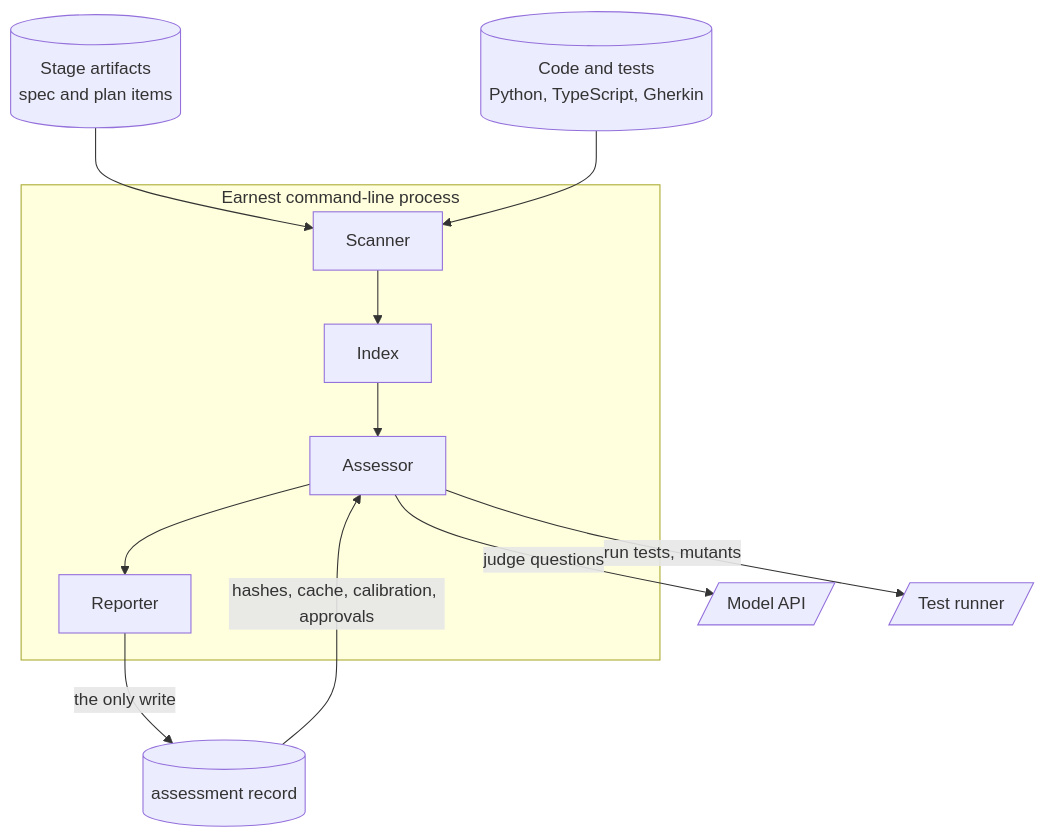
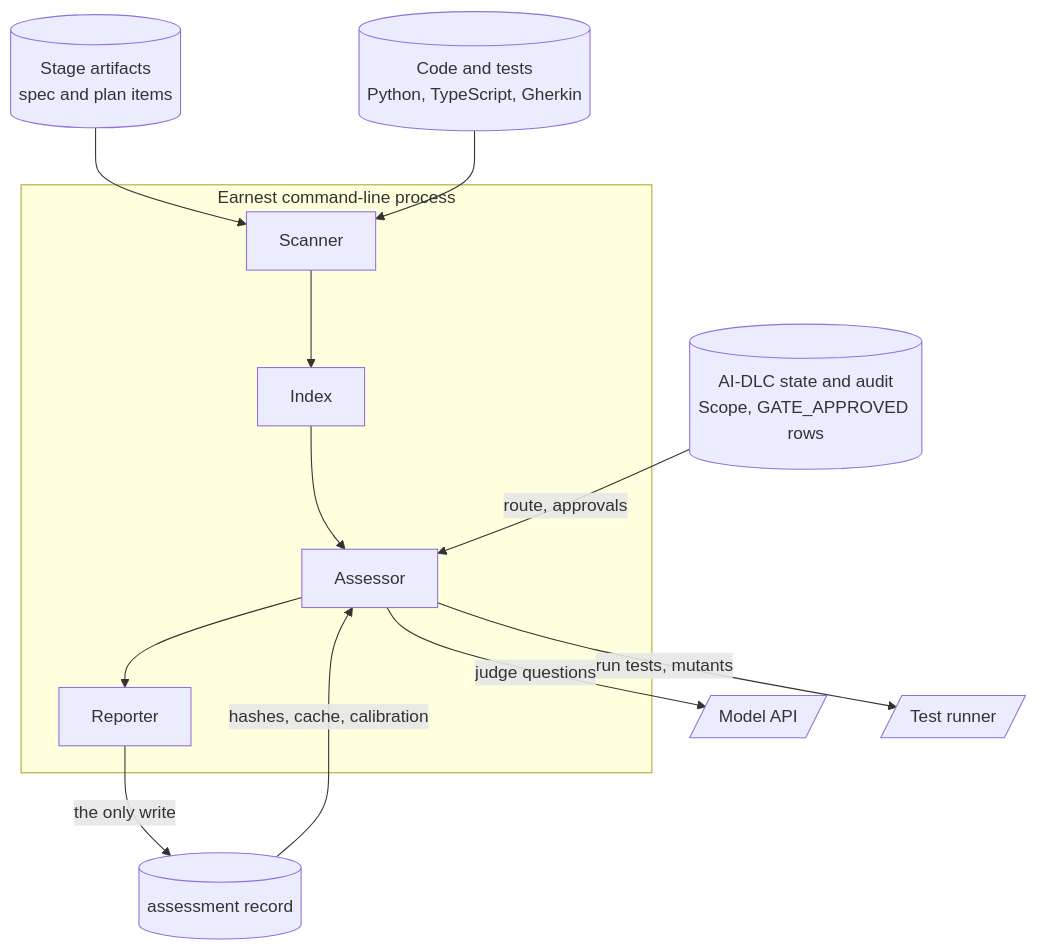
Before and after one commit to nullrul/earnest: the third of 5 diagrams in docs/design/01-logic-design.md, drawn with Mermaid. The commit also changed other lines of this file and 1 other file, not shown here.

First line of the commit message:
docs: align logic design with AI-DLC terms and workflow

````diff
--- a/docs/design/01-logic-design.md
+++ b/docs/design/01-logic-design.md
@@ -827,22 +960,24 @@
 ```mermaid
 flowchart TB
   subgraph earnest["Earnest command-line process"]
     scanner[Scanner]
     index[Index]
     assessor[Assessor]
     reporter[Reporter]
     scanner --> index --> assessor --> reporter
   end
   prose[("Stage artifacts<br/>spec and plan items")]
   code[("Code and tests<br/>Python, TypeScript, Gherkin")]
   record[("assessment record")]
+  audit[("AI-DLC state and audit<br/>Scope, GATE_APPROVED rows")]
   model[/"Model API"/]
   runner[/"Test runner"/]
 
   prose --> scanner
   code --> scanner
   assessor -- "judge questions" --> model
   assessor -- "run tests, mutants" --> runner
-  record -- "hashes, cache, calibration, approvals" --> assessor
+  record -- "hashes, cache, calibration" --> assessor
+  audit -- "route, approvals" --> assessor
   reporter -- "the only write" --> record
 ```
````
